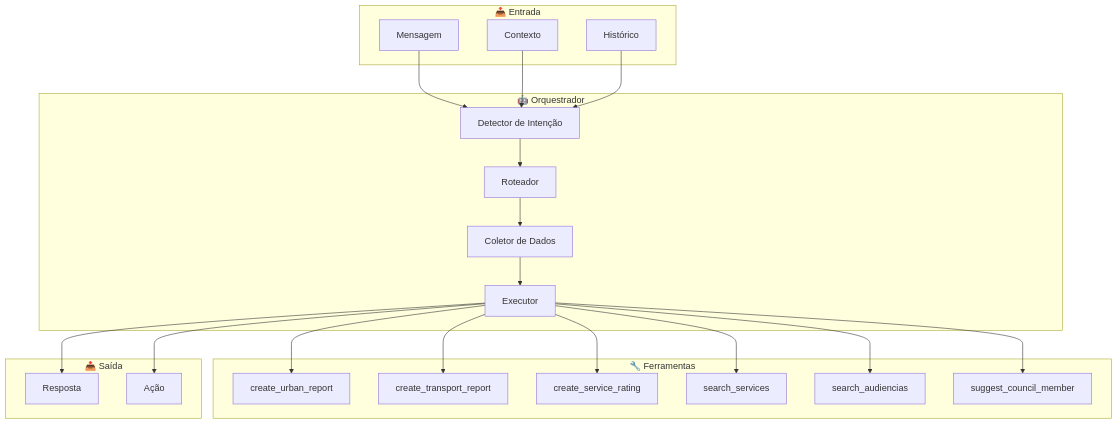
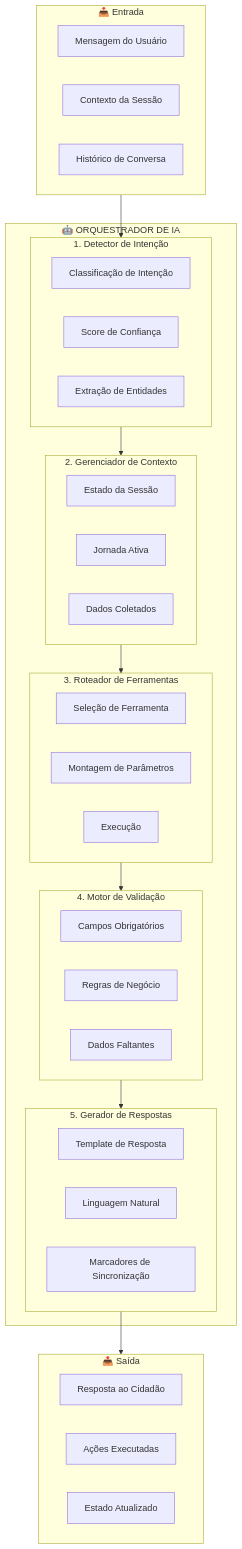
One commit to MTechnologia/camana-na-mao changed diagram 13 of 33 in docs/ESCOPO_E_ARQUITETURA_CAMARA_NA_MAO.md. Above: the diagram before and after it, drawn with Mermaid. The commit also changed other lines of this file, not shown here.

````diff
--- a/docs/ESCOPO_E_ARQUITETURA_CAMARA_NA_MAO.md
+++ b/docs/ESCOPO_E_ARQUITETURA_CAMARA_NA_MAO.md
@@ -390,44 +1301,53 @@
 ```mermaid
 flowchart TB
     subgraph Entrada["📥 Entrada"]
-        Msg["Mensagem"]
-        Ctx["Contexto"]
-        Hist["Histórico"]
+        Msg["Mensagem do Usuário"]
+        Ctx["Contexto da Sessão"]
+        Hist["Histórico de Conversa"]
     end
-
-    subgraph Orch["🤖 Orquestrador"]
-        Intent["Detector de Intenção"]
-        Router["Roteador"]
-        Collector["Coletor de Dados"]
-        Executor["Executor"]
+    
+    subgraph Orquestrador["🤖 ORQUESTRADOR DE IA"]
+        subgraph Detector["1. Detector de Intenção"]
+            Intent["Classificação de Intenção"]
+            Confidence["Score de Confiança"]
+            Entities["Extração de Entidades"]
+        end
+        
+        subgraph Contexto["2. Gerenciador de Contexto"]
+            Session["Estado da Sessão"]
+            Journey["Jornada Ativa"]
+            Collected["Dados Coletados"]
+        end
+        
+        subgraph Router["3. Roteador de Ferramentas"]
+            Select["Seleção de Ferramenta"]
+            Params["Montagem de Parâmetros"]
+            Execute["Execução"]
+        end
+        
+        subgraph Validador["4. Motor de Validação"]
+            Required["Campos Obrigatórios"]
+            Rules["Regras de Negócio"]
+            Missing["Dados Faltantes"]
+        end
+        
+        subgraph Gerador["5. Gerador de Respostas"]
+            Template["Template de Resposta"]
+            Natural["Linguagem Natural"]
+            Markers["Marcadores de Sincronização"]
+        end
     end
-
-    subgraph Tools["🔧 Ferramentas"]
-        T1["create_urban_report"]
-        T2["create_transport_report"]
-        T3["create_service_rating"]
-        T4["search_services"]
-        T5["search_audiencias"]
-        T6["suggest_council_member"]
+    
+    subgraph Saida["📤 Saída"]
+        Response["Resposta ao Cidadão"]
+        Actions["Ações Executadas"]
+        State["Estado Atualizado"]
     end
-
-    subgraph Saida["📤 Saída"]
-        Resp["Resposta"]
-        Action["Ação"]
-    end
-
-    Msg --> Intent
-    Ctx --> Intent
-    Hist --> Intent
-    Intent --> Router
-    Router --> Collector
-    Collector --> Executor
-    Executor --> T1
-    Executor --> T2
-    Executor --> T3
-    Executor --> T4
-    Executor --> T5
-    Executor --> T6
-    Executor --> Resp
-    Executor --> Action
+    
+    Entrada --> Detector
+    Detector --> Contexto
+    Contexto --> Router
+    Router --> Validador
+    Validador --> Gerador
+    Gerador --> Saida
 ```
````
